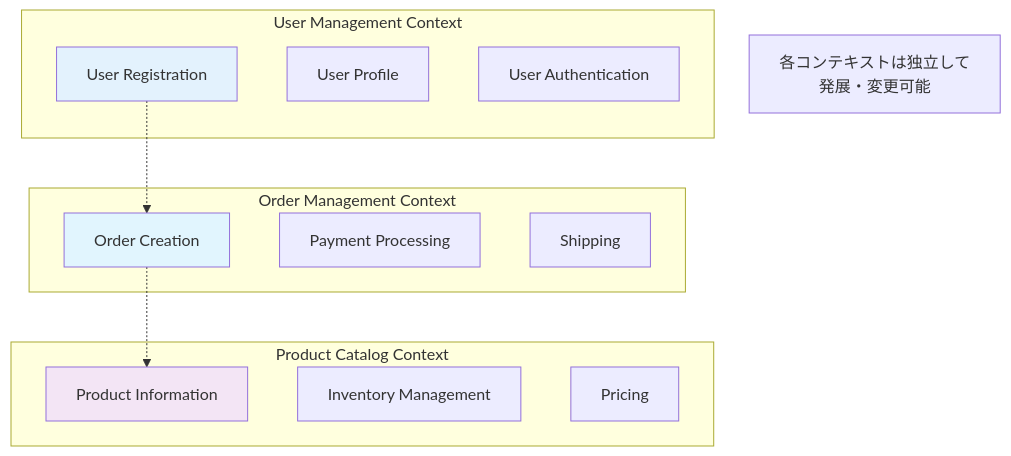
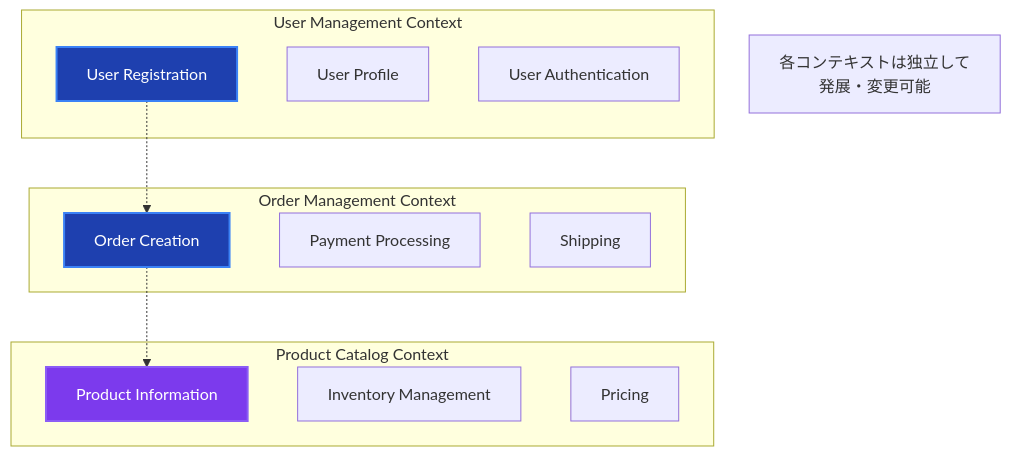
Before and after one commit to derushio/d-next-ddd-example: the fourth of 9 diagrams in _DOCS/guides/ddd/concepts/domain-driven-design.md, drawn with Mermaid. The commit also changed other lines of this file and 31 other files, not shown here.

Commit message:
🎨: DOCSのMermaid図表カラーテーマを暗色に統一し視認性を向上

````diff
--- a/_DOCS/guides/ddd/concepts/domain-driven-design.md
+++ b/_DOCS/guides/ddd/concepts/domain-driven-design.md
@@ -161,29 +161,29 @@
 ```mermaid
 graph TD
     subgraph "User Management Context"
         U1[User Registration]
         U2[User Profile]
         U3[User Authentication]
     end
     
     subgraph "Order Management Context"
         O1[Order Creation]
         O2[Payment Processing]
         O3[Shipping]
     end
     
     subgraph "Product Catalog Context"
         P1[Product Information]
         P2[Inventory Management]
         P3[Pricing]
     end
     
     U1 -.-> O1
     O1 -.-> P1
     
-    style U1 fill:#e3f2fd
-    style O1 fill:#e1f5fe
-    style P1 fill:#f3e5f5
+    style U1 fill:#1e40af,stroke:#3b82f6,stroke-width:2px,color:#ffffff fill:#1e40af,stroke:#3b82f6,stroke-width:2px,color:#ffffff
+    style O1 fill:#1e40af,stroke:#3b82f6,stroke-width:2px,color:#ffffff fill:#1e40af,stroke:#3b82f6,stroke-width:2px,color:#ffffff
+    style P1 fill:#7c3aed,stroke:#8b5cf6,stroke-width:2px,color:#ffffff fill:#7c3aed,stroke:#8b5cf6,stroke-width:2px,color:#ffffff
     
     note1[各コンテキストは独立して<br/>発展・変更可能]
 ```
````
